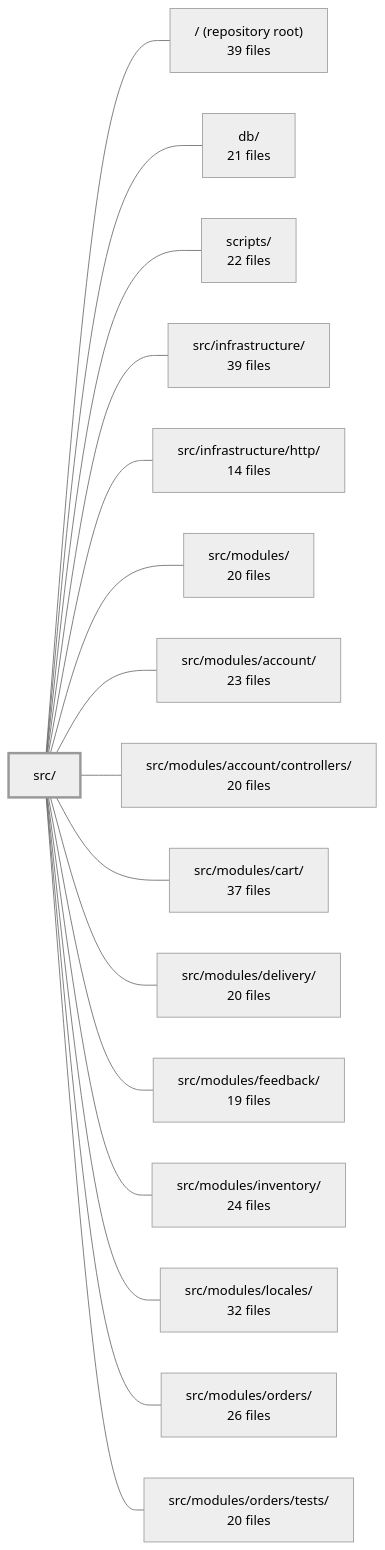
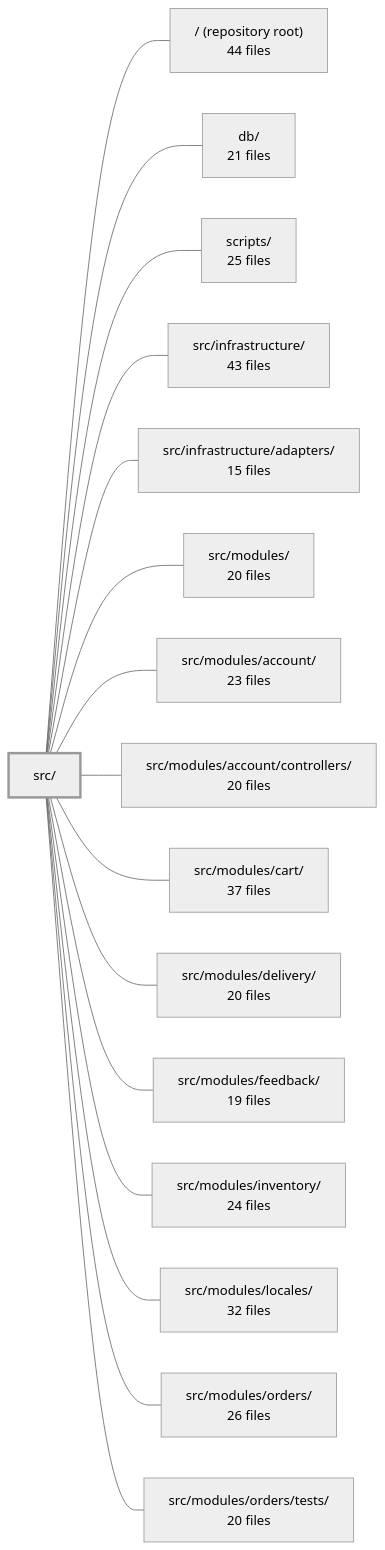
Before and after one commit to Guebbit/boilerplate-node-backend: the diagram in .2repo/modules/boilerplate-node-backend_src.md, drawn with Mermaid (neutral theme). The commit also changed other lines of this file and 625 other files, not shown here.

````diff
--- a/.2repo/modules/boilerplate-node-backend_src.md
+++ b/.2repo/modules/boilerplate-node-backend_src.md
@@ -39,35 +41,35 @@
 ```mermaid
 flowchart LR
     m_src["src/"]
-    m_root["/ (repository root)<br/>39 files"]
+    m_root["/ (repository root)<br/>44 files"]
     m_db["db/<br/>21 files"]
-    m_scripts["scripts/<br/>22 files"]
-    m_src_infrastructure["src/infrastructure/<br/>39 files"]
-    m_src_infrastructure_http["src/infrastructure/http/<br/>14 files"]
+    m_scripts["scripts/<br/>25 files"]
+    m_src_infrastructure["src/infrastructure/<br/>43 files"]
+    m_src_infrastructure_adapters["src/infrastructure/adapters/<br/>15 files"]
     m_src_modules["src/modules/<br/>20 files"]
     m_src_modules_account["src/modules/account/<br/>23 files"]
     m_src_modules_account_controllers["src/modules/account/controllers/<br/>20 files"]
     m_src_modules_cart["src/modules/cart/<br/>37 files"]
     m_src_modules_delivery["src/modules/delivery/<br/>20 files"]
     m_src_modules_feedback["src/modules/feedback/<br/>19 files"]
     m_src_modules_inventory["src/modules/inventory/<br/>24 files"]
     m_src_modules_locales["src/modules/locales/<br/>32 files"]
     m_src_modules_orders["src/modules/orders/<br/>26 files"]
     m_src_modules_orders_tests["src/modules/orders/tests/<br/>20 files"]
     m_src --- m_root
     m_src --- m_db
     m_src --- m_scripts
     m_src --- m_src_infrastructure
-    m_src --- m_src_infrastructure_http
+    m_src --- m_src_infrastructure_adapters
     m_src --- m_src_modules
     m_src --- m_src_modules_account
     m_src --- m_src_modules_account_controllers
     m_src --- m_src_modules_cart
     m_src --- m_src_modules_delivery
     m_src --- m_src_modules_feedback
     m_src --- m_src_modules_inventory
     m_src --- m_src_modules_locales
     m_src --- m_src_modules_orders
     m_src --- m_src_modules_orders_tests
     style m_src stroke-width:3px
 ```
````
